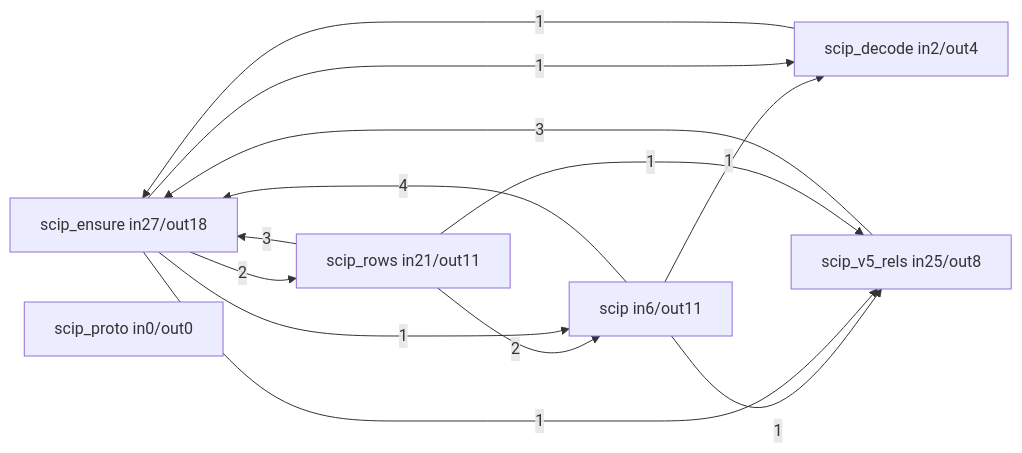
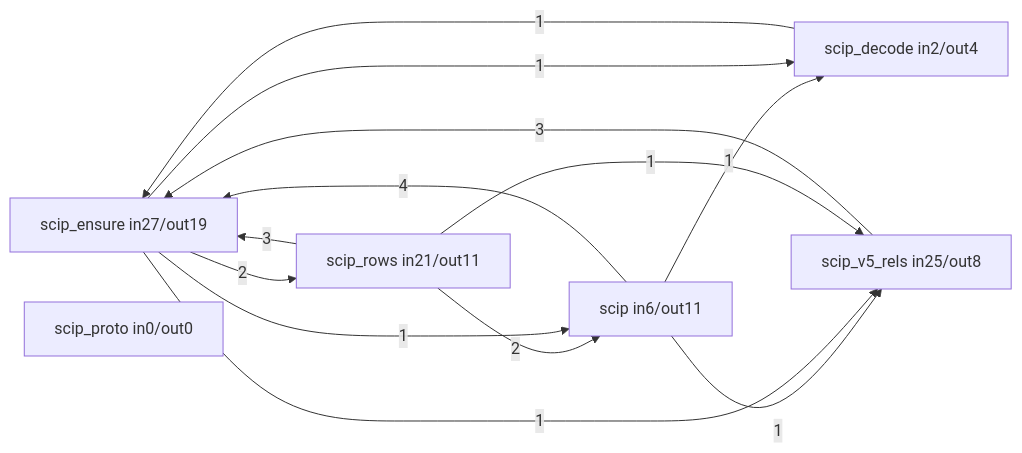
The fifth of 5 diagrams in docs/selfdoc/extract.md (hafley66/sprefa), drawn with Mermaid before and after one commit. The commit also changed other lines of this file and 63 other files, not shown here.

````diff
--- a/docs/selfdoc/extract.md
+++ b/docs/selfdoc/extract.md
@@ -303,21 +303,21 @@
 ```mermaid
 flowchart LR
-  n1["scip_ensure  in27/out18"]
+  n1["scip_ensure  in27/out19"]
   n2["scip_v5_rels  in25/out8"]
   n3["scip_rows  in21/out11"]
   n4["scip  in6/out11"]
   n5["scip_decode  in2/out4"]
   n6["scip_proto  in0/out0"]
   n4 -->|4| n1
   n3 -->|3| n1
   n2 -->|3| n1
   n1 -->|2| n3
   n3 -->|2| n4
   n4 -->|1| n5
   n4 -->|1| n2
   n5 -->|1| n1
   n1 -->|1| n4
   n1 -->|1| n5
   n1 -->|1| n2
   n3 -->|1| n2
 ```
````
